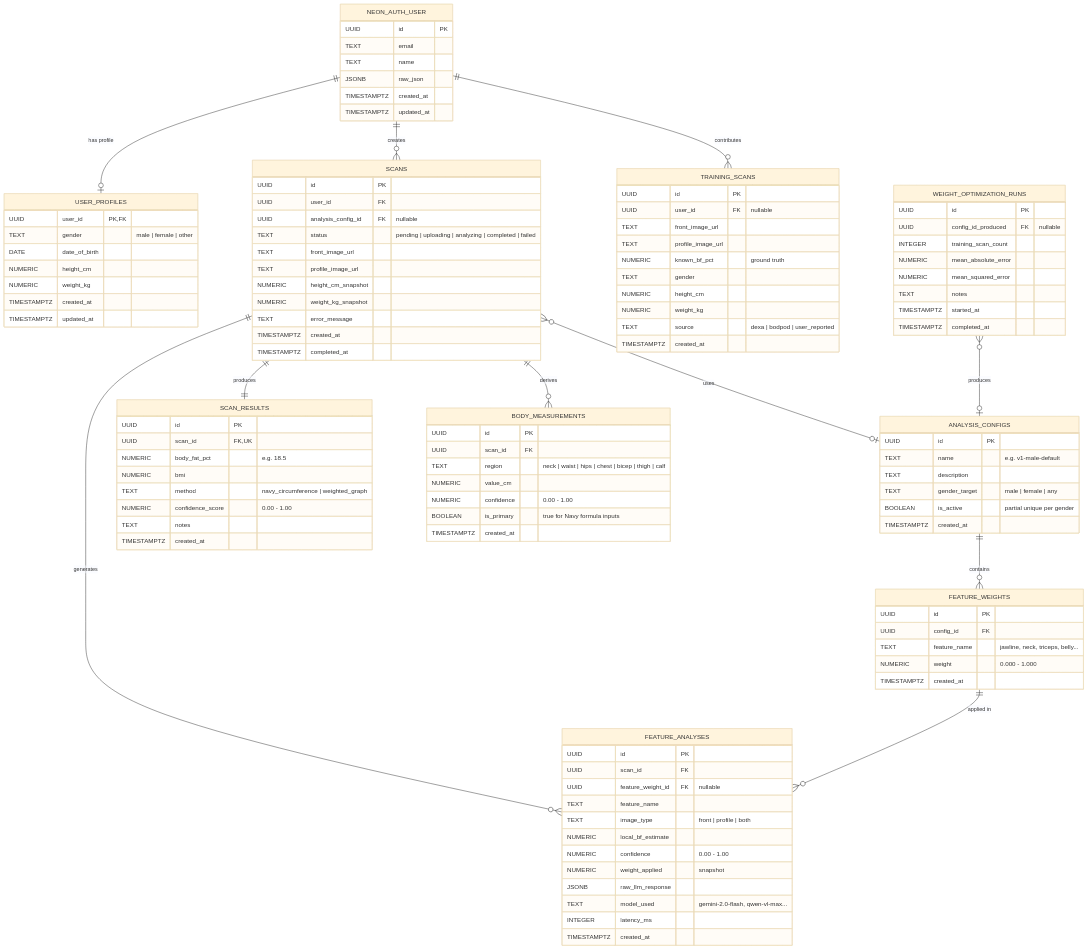
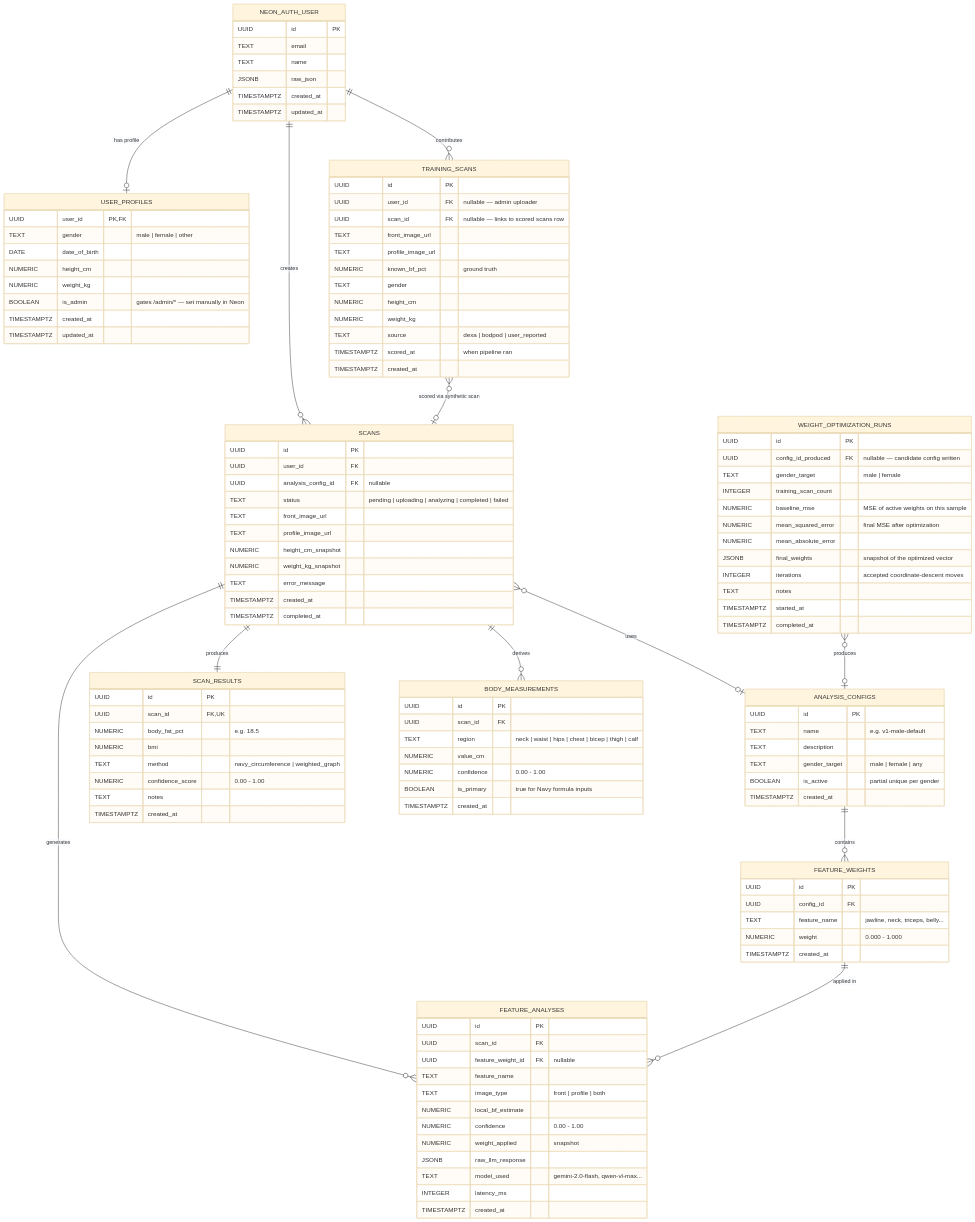
One commit to kkashiva/body-graph-scan-web changed the first of 2 diagrams in docs/ERD.md. Above: the diagram before and after it, drawn with Mermaid (base theme). The commit also changed other lines of this file and 2 other files, not shown here.

````diff
--- a/docs/ERD.md
+++ b/docs/ERD.md
@@ -23,6 +23,7 @@
         DATE date_of_birth
         NUMERIC height_cm
         NUMERIC weight_kg
+        BOOLEAN is_admin "gates /admin/* — set manually in Neon"
         TIMESTAMPTZ created_at
         TIMESTAMPTZ updated_at
     }
@@ -96,7 +97,8 @@
 
     TRAINING_SCANS {
         UUID id PK
-        UUID user_id FK "nullable"
+        UUID user_id FK "nullable — admin uploader"
+        UUID scan_id FK "nullable — links to scored scans row"
         TEXT front_image_url
         TEXT profile_image_url
         NUMERIC known_bf_pct "ground truth"
@@ -104,15 +106,20 @@
         NUMERIC height_cm
         NUMERIC weight_kg
         TEXT source "dexa | bodpod | user_reported"
+        TIMESTAMPTZ scored_at "when pipeline ran"
         TIMESTAMPTZ created_at
     }
 
     WEIGHT_OPTIMIZATION_RUNS {
         UUID id PK
-        UUID config_id_produced FK "nullable"
+        UUID config_id_produced FK "nullable — candidate config written"
+        TEXT gender_target "male | female"
         INTEGER training_scan_count
+        NUMERIC baseline_mse "MSE of active weights on this sample"
+        NUMERIC mean_squared_error "final MSE after optimization"
         NUMERIC mean_absolute_error
-        NUMERIC mean_squared_error
+        JSONB final_weights "snapshot of the optimized vector"
+        INTEGER iterations "accepted coordinate-descent moves"
         TEXT notes
         TIMESTAMPTZ started_at
         TIMESTAMPTZ completed_at
@@ -133,5 +140,6 @@
     ANALYSIS_CONFIGS ||--o{ FEATURE_WEIGHTS : "contains"
     FEATURE_WEIGHTS ||--o{ FEATURE_ANALYSES : "applied in"
 
+    TRAINING_SCANS }o--o| SCANS : "scored via synthetic scan"
     WEIGHT_OPTIMIZATION_RUNS }o--o| ANALYSIS_CONFIGS : "produces"
 ```
````
